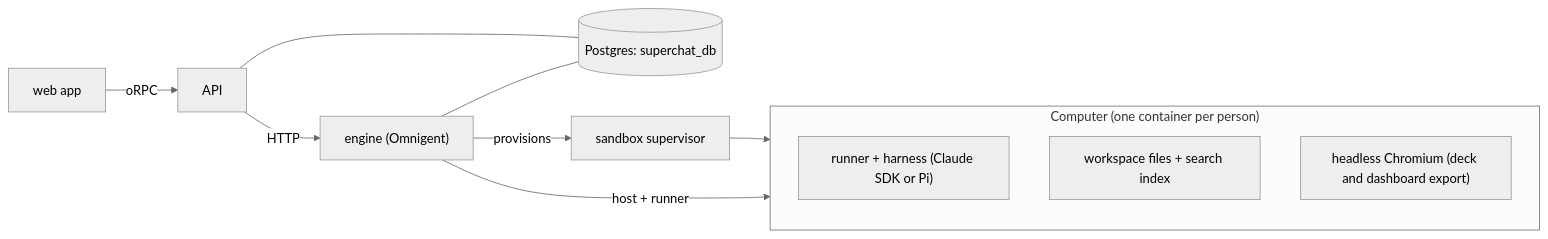
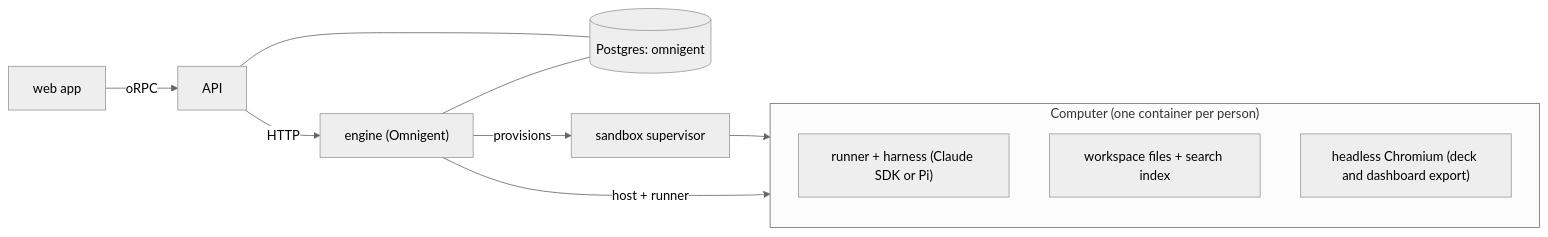
Before and after one commit to routifai/bot-grok: the diagram in README.md, drawn with Mermaid (neutral theme). The commit also changed other lines of this file and 19 other files, not shown here.

First line of the commit message:
Compose: Superchat as one override on Omnigent's own compose file

````diff
--- a/README.md
+++ b/README.md
@@ -5,15 +5,15 @@
 ```mermaid
 flowchart LR
   web["web app"] -- oRPC --> api["API"]
   api -- HTTP --> engine["engine (Omnigent)"]
-  api --- db[("Postgres: superchat_db")]
+  api --- db[("Postgres: omnigent")]
   engine --- db
   engine -- provisions --> sup["sandbox supervisor"]
   sup --> box
   engine -- "host + runner" --> box
   subgraph box["Computer (one container per person)"]
     runner["runner + harness (Claude SDK or Pi)"]
     files["workspace files + search index"]
     chromium["headless Chromium (deck and dashboard export)"]
   end
 ```
````
